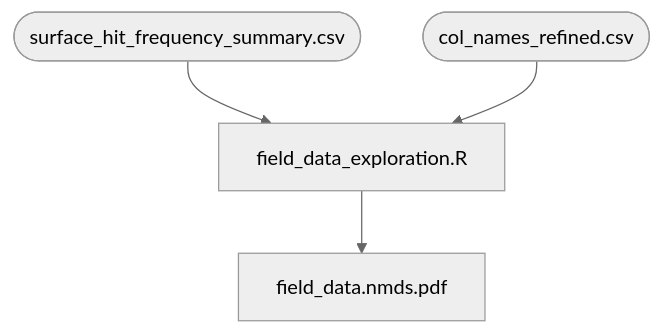
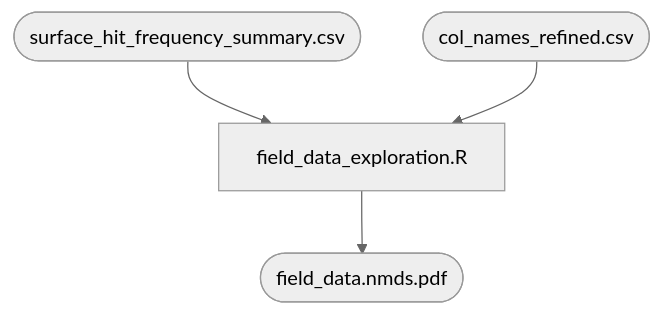
Before and after one commit to dbioinfo/nrcs: the second of 2 diagrams in README.md, drawn with Mermaid (neutral theme).

````diff
--- a/README.md
+++ b/README.md
@@ -36,6 +36,6 @@
 ```mermaid
 flowchart TD
     A([surface_hit_frequency_summary.csv]) --> B[field_data_exploration.R]
     C([col_names_refined.csv]) --> B
-    B --> D[field_data.nmds.pdf]
+    B --> D([field_data.nmds.pdf])
 ```
````
